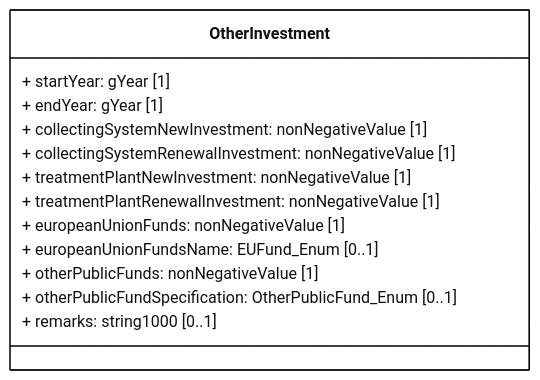
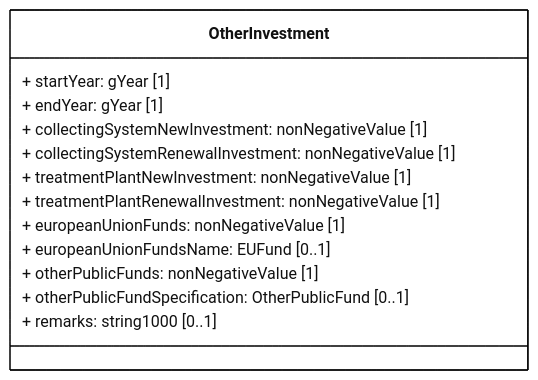
The diagram in docs/rUWWTD2024/Article23/mmd/Article23_OtherInvestment_ClassDiagram.mmd (eeadata/WISE.UWWTD.Documentation), drawn with Mermaid before and after one commit. The commit also changed 13 other files, not shown here.

```diff
--- a/docs/rUWWTD2024/Article23/mmd/Article23_OtherInvestment_ClassDiagram.mmd
+++ b/docs/rUWWTD2024/Article23/mmd/Article23_OtherInvestment_ClassDiagram.mmd
@@ -1,26 +1,26 @@
 ---
 config:
   class:
     hideEmptyMembersBox: true
   layout: dagre
   theme: neutral
 ---
 classDiagram
 direction LR
 
 class OtherInvestment{
     + startYear: gYear [1]
     + endYear: gYear [1]
     + collectingSystemNewInvestment: nonNegativeValue [1]
     + collectingSystemRenewalInvestment: nonNegativeValue [1]
     + treatmentPlantNewInvestment: nonNegativeValue [1]
     + treatmentPlantRenewalInvestment: nonNegativeValue [1]
     + europeanUnionFunds: nonNegativeValue [1]
-    + europeanUnionFundsName: EUFund_Enum [0..1]
+    + europeanUnionFundsName: EUFund [0..1]
     + otherPublicFunds: nonNegativeValue [1]
-    + otherPublicFundSpecification: OtherPublicFund_Enum [0..1]
+    + otherPublicFundSpecification: OtherPublicFund [0..1]
     + remarks: string1000 [0..1]
 }
 
 classDef default fill:white,stroke:#000;
 classDef forFixing fill:white,stroke:#f00;
```
